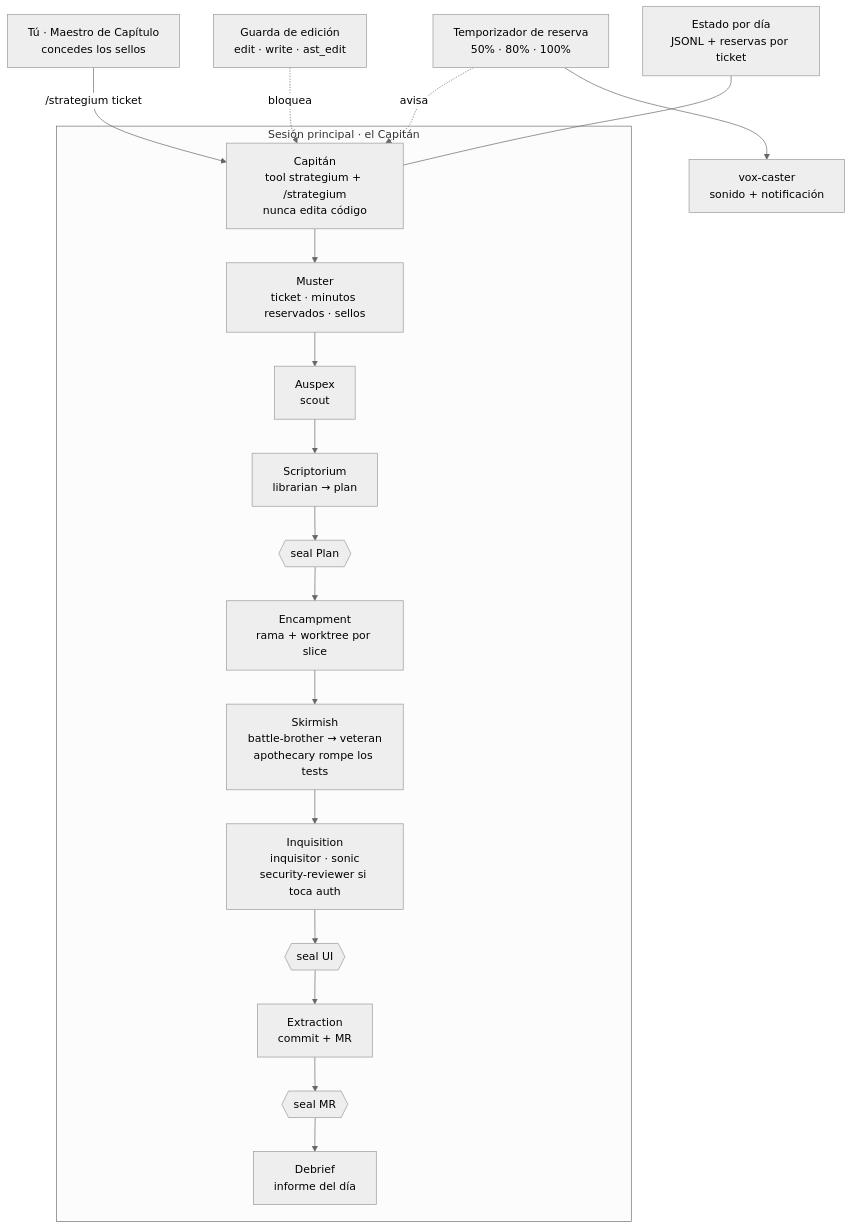
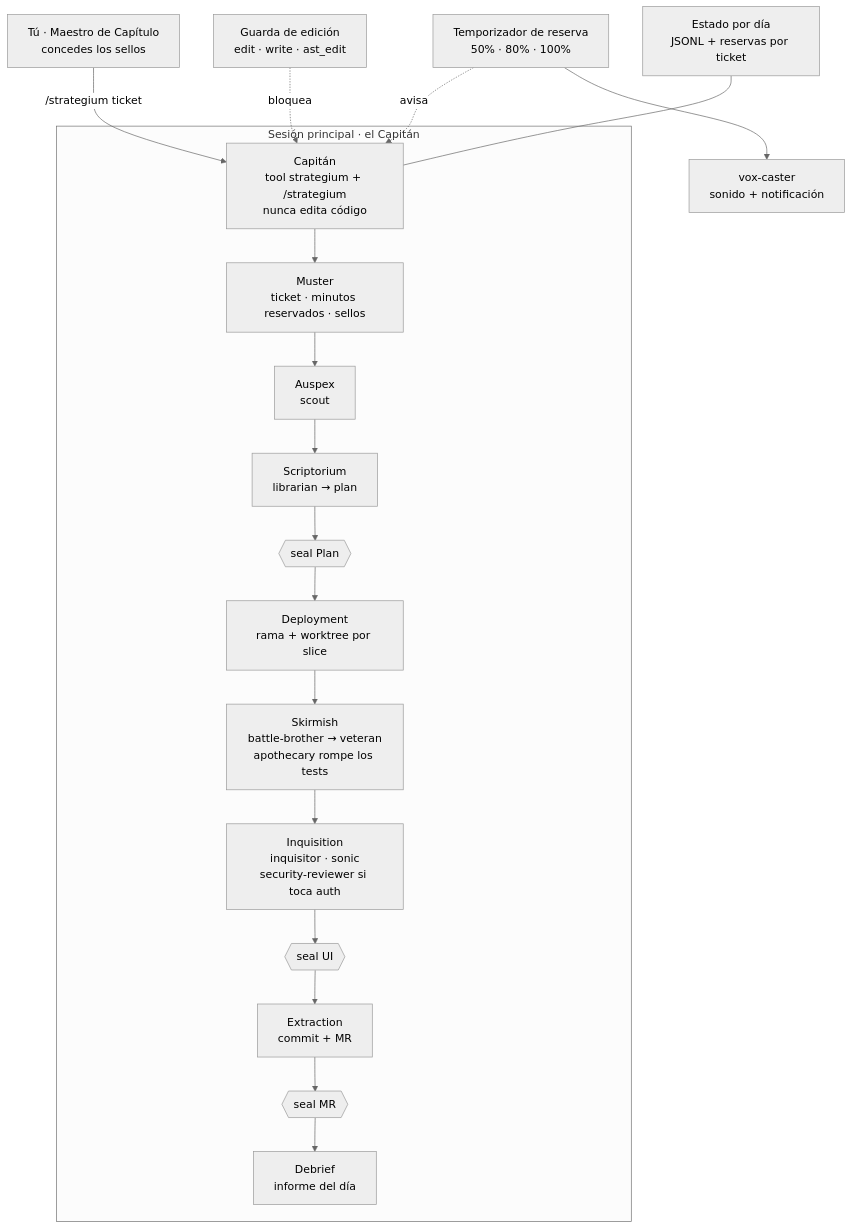
One commit to frandev94/strategium changed the diagram in README.es.md. Above: the diagram before and after it, drawn with Mermaid (neutral theme). The commit also changed other lines of this file and 2 other files, not shown here.

First line of the commit message:
docs: keep Deployment for the station that puts the slices in position

````diff
--- a/README.es.md
+++ b/README.es.md
@@ -33,22 +33,22 @@
 ```mermaid
 flowchart TB
   U["Tú · Maestro de Capítulo<br/>concedes los sellos"] -->|"/strategium ticket"| C
   subgraph run["Sesión principal · el Capitán"]
     C["Capitán<br/>tool strategium + /strategium<br/>nunca edita código"]
     C --> M["Muster<br/>ticket · minutos reservados · sellos"]
     M --> A["Auspex<br/>scout"]
     A --> B["Scriptorium<br/>librarian → plan"]
     B --> S1{{"seal Plan"}}
-    S1 --> D["Encampment<br/>rama + worktree por slice"]
+    S1 --> D["Deployment<br/>rama + worktree por slice"]
     D --> E["Skirmish<br/>battle-brother → veteran<br/>apothecary rompe los tests"]
     E --> I["Inquisition<br/>inquisitor · sonic<br/>security-reviewer si toca auth"]
     I --> S2{{"seal UI"}}
     S2 --> X["Extraction<br/>commit + MR"]
     X --> S3{{"seal MR"}}
     S3 --> F["Debrief<br/>informe del día"]
   end
   T["Temporizador de reserva<br/>50% · 80% · 100%"] -.->|avisa| C
   T --> V["vox-caster<br/>sonido + notificación"]
   G["Guarda de edición<br/>edit · write · ast_edit"] -.->|bloquea| C
   R["Estado por día<br/>JSONL + reservas por ticket"] --- C
 ```
````
